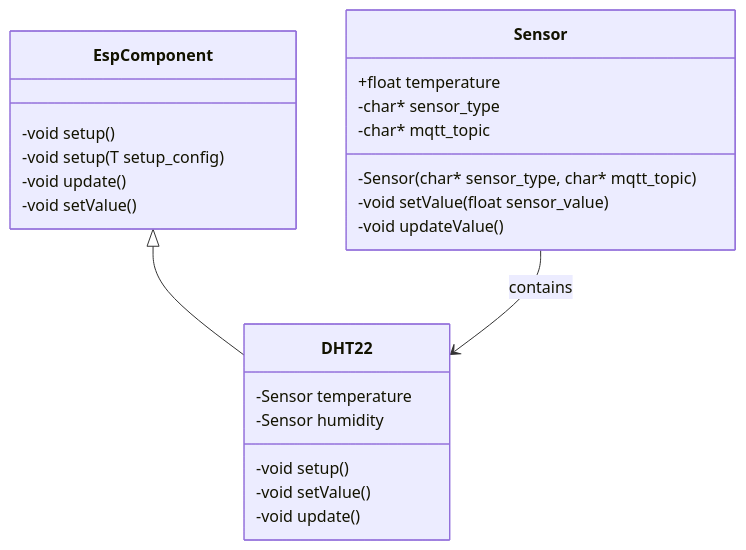
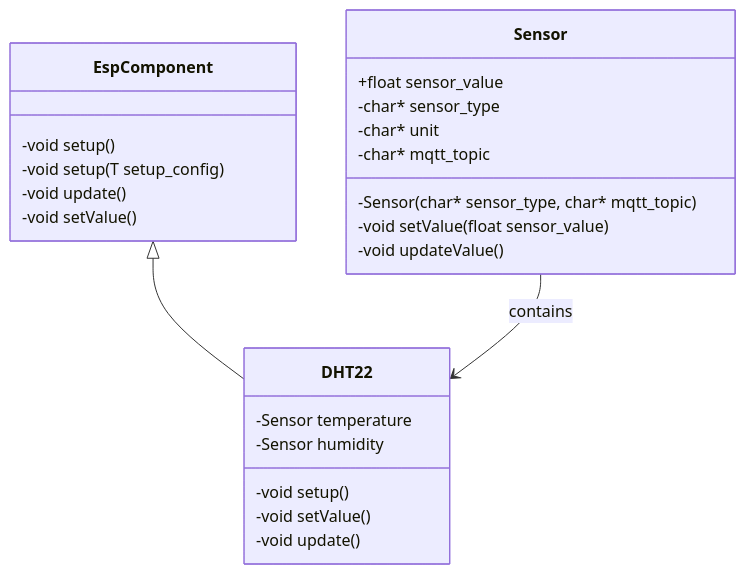
Before and after one commit to ECE-IoT/esp-iot-framework: the diagram in docs/software-planning/sensors.md, drawn with Mermaid.

Commit message:
REF docs

````diff
--- a/docs/software-planning/sensors.md
+++ b/docs/software-planning/sensors.md
@@ -12,26 +12,27 @@
 ```mermaid
   classDiagram
     class EspComponent{
       -void setup()
       -void setup(T setup_config)
       -void update()
       -void setValue()
     }
     class Sensor {
-      +float temperature
+      +float sensor_value
       -char* sensor_type
+      -char* unit
       -char* mqtt_topic
       -Sensor(char* sensor_type, char* mqtt_topic)
       -void setValue(float sensor_value)
       -void updateValue()
     }
     class DHT22 {
       -Sensor temperature
       -Sensor humidity
       -void setup()
       -void setValue()
       -void update()
     }
     EspComponent <|-- DHT22
     Sensor --> DHT22 : contains
 ```
````
